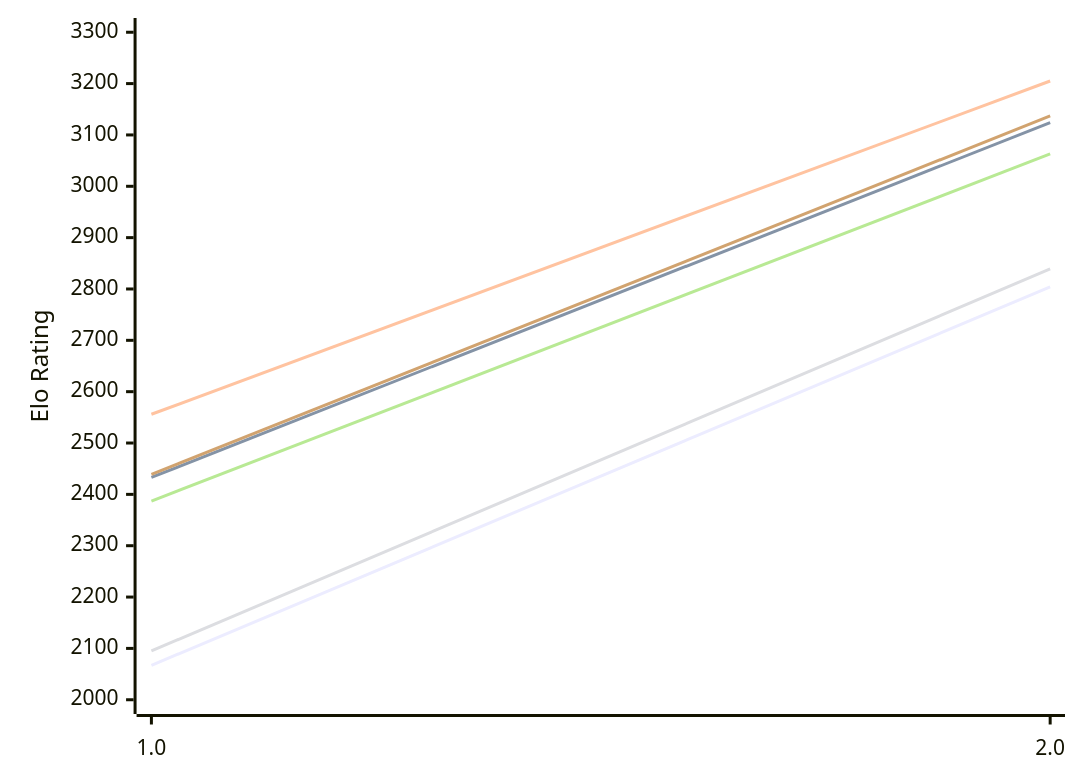
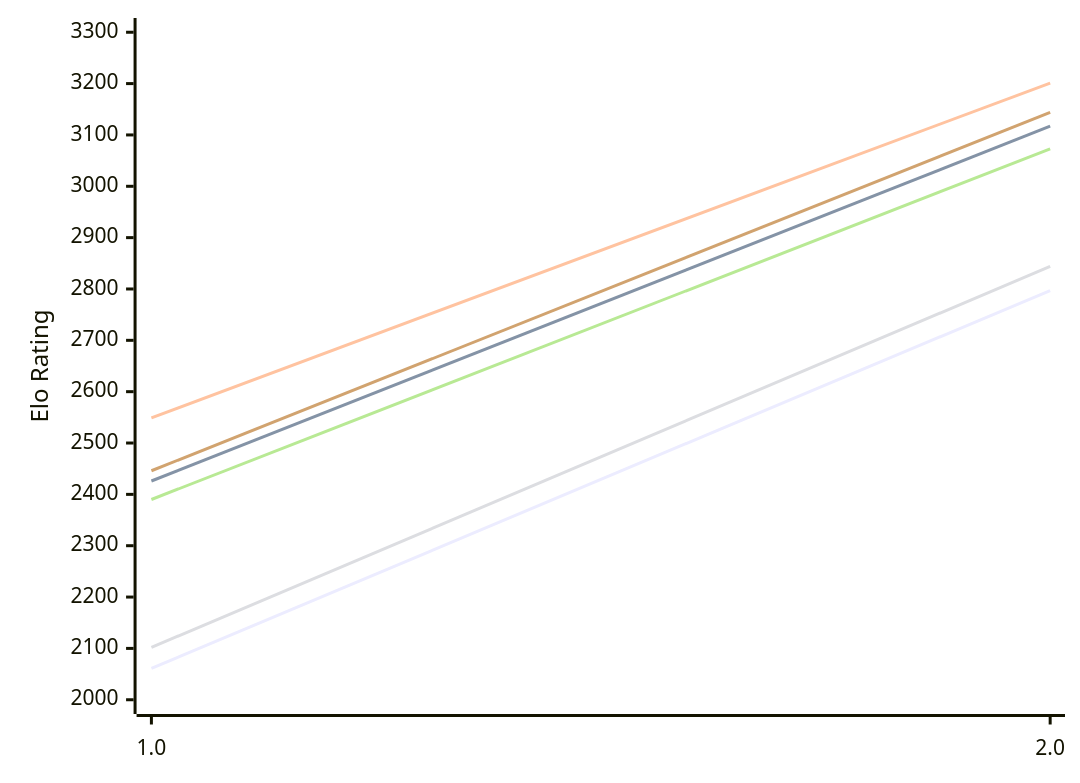
Before and after one commit to computer-chess-index/cci: the diagram in engines/Scarlet.md, drawn with Mermaid. The commit also changed other lines of this file, not shown here.

Commit message:
Update CCI Ratings (ELO VLTC) - 2026-11-18

````diff
--- a/engines/Scarlet.md
+++ b/engines/Scarlet.md
@@ -49,12 +49,12 @@
 ```mermaid
 %%{init: {"theme":"base","themeVariables":{"seriesColors:['#a3a3a3','#222221','#faa371']}}}%%
 xychart-beta
   x-axis ["1.0", "2.0"]
   y-axis "Elo Rating" 2000 --> 3300
-  line "E1: STC (8.0+0.08s)" [2067, 2804]
-  line "E1: LTC (60.0+0.60s)" [2433, 3124]
-  line "E1: VLTC (2m24s+1.12s)" [2556, 3205]
-  line "P1: STC (8.0+0.08s)" [2095, 2839]
-  line "P1: LTC (60.0+0.60s)" [2387, 3063]
-  line "P1: VLTC (2m24s+1.12s)" [2439, 3137]
+  line "E1: STC (8.0+0.08s)" [2061, 2797]
+  line "E1: LTC (60.0+0.60s)" [2426, 3117]
+  line "E1: VLTC (2m24s+1.12s)" [2549, 3201]
+  line "P1: STC (8.0+0.08s)" [2102, 2844]
+  line "P1: LTC (60.0+0.60s)" [2390, 3073]
+  line "P1: VLTC (2m24s+1.12s)" [2446, 3144]
 ```
````
